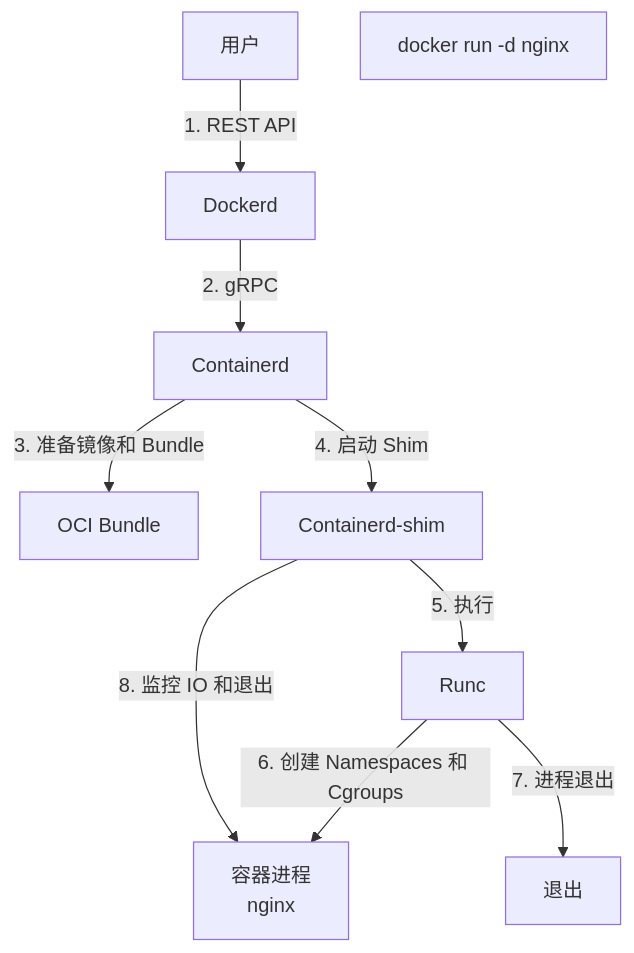
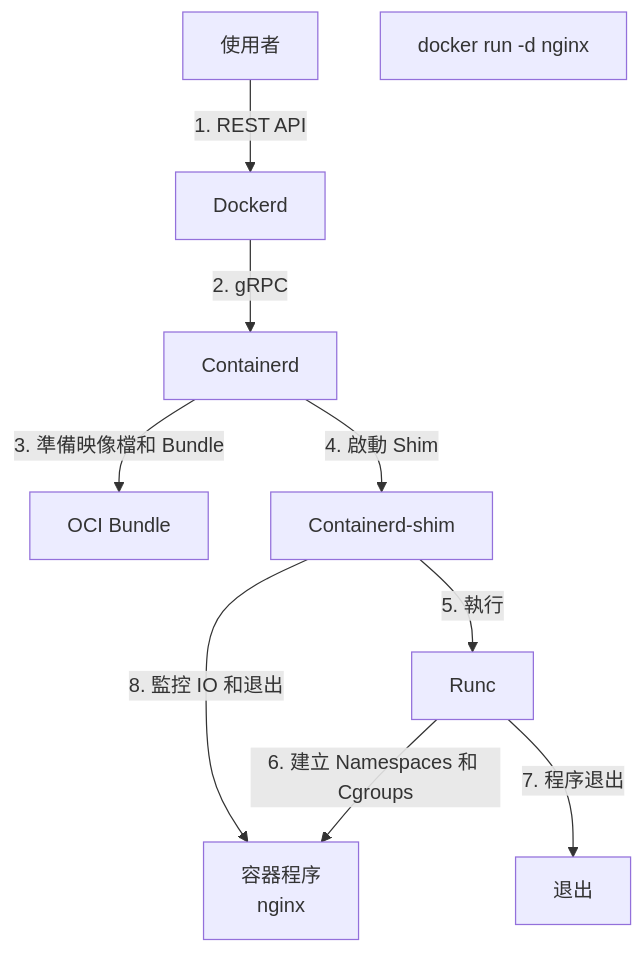
Before and after one commit to alexkuoecity/docker-practice-master-zh-tw: the second of 3 diagrams in 12_implementation/12.1_arch.md, drawn with Mermaid. The commit also changed other lines of this file and 200 other files, not shown here.

````diff
--- a/12_implementation/12.1_arch.md
+++ b/12_implementation/12.1_arch.md
@@ -65,21 +65,21 @@
 ```mermaid
 flowchart TD
-  U["用户"]
+  U["使用者"]
   K["docker run -d nginx"]
   D["Dockerd"]
   C["Containerd"]
   B["OCI Bundle"]
   S["Containerd-shim"]
   R["Runc"]
-  P["容器进程<br/>nginx"]
+  P["容器程序<br/>nginx"]
   E["退出"]
 
   U -->|1. REST API| D
   D -->|2. gRPC| C
-  C -->|3. 准备镜像和 Bundle| B
-  C -->|4. 启动 Shim| S
-  S -->|5. 执行| R
-  R -->|6. 创建 Namespaces 和 Cgroups| P
-  R -->|7. 进程退出| E
-  S -->|8. 监控 IO 和退出| P
+  C -->|3. 準備映像檔和 Bundle| B
+  C -->|4. 啟動 Shim| S
+  S -->|5. 執行| R
+  R -->|6. 建立 Namespaces 和 Cgroups| P
+  R -->|7. 程序退出| E
+  S -->|8. 監控 IO 和退出| P
 ```
````
